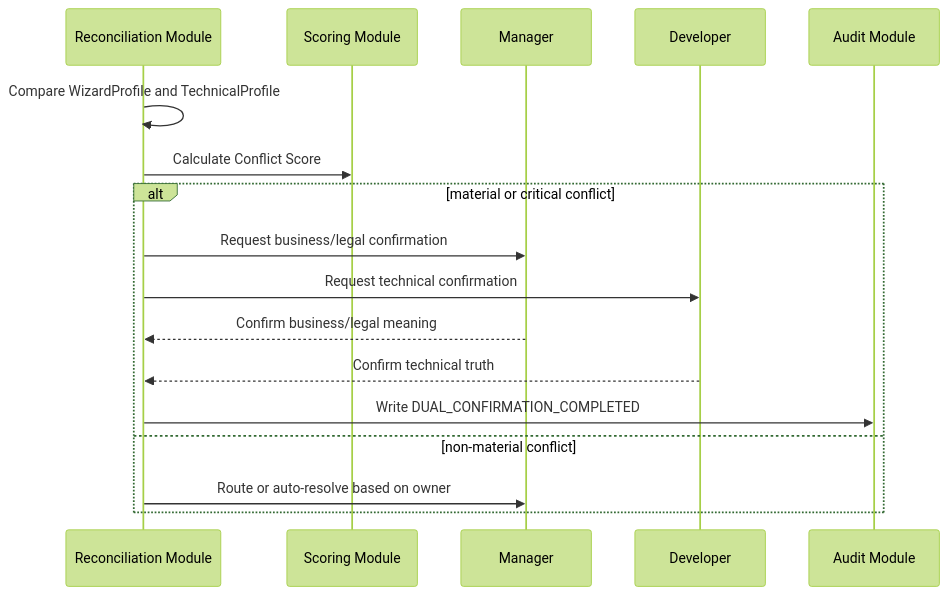
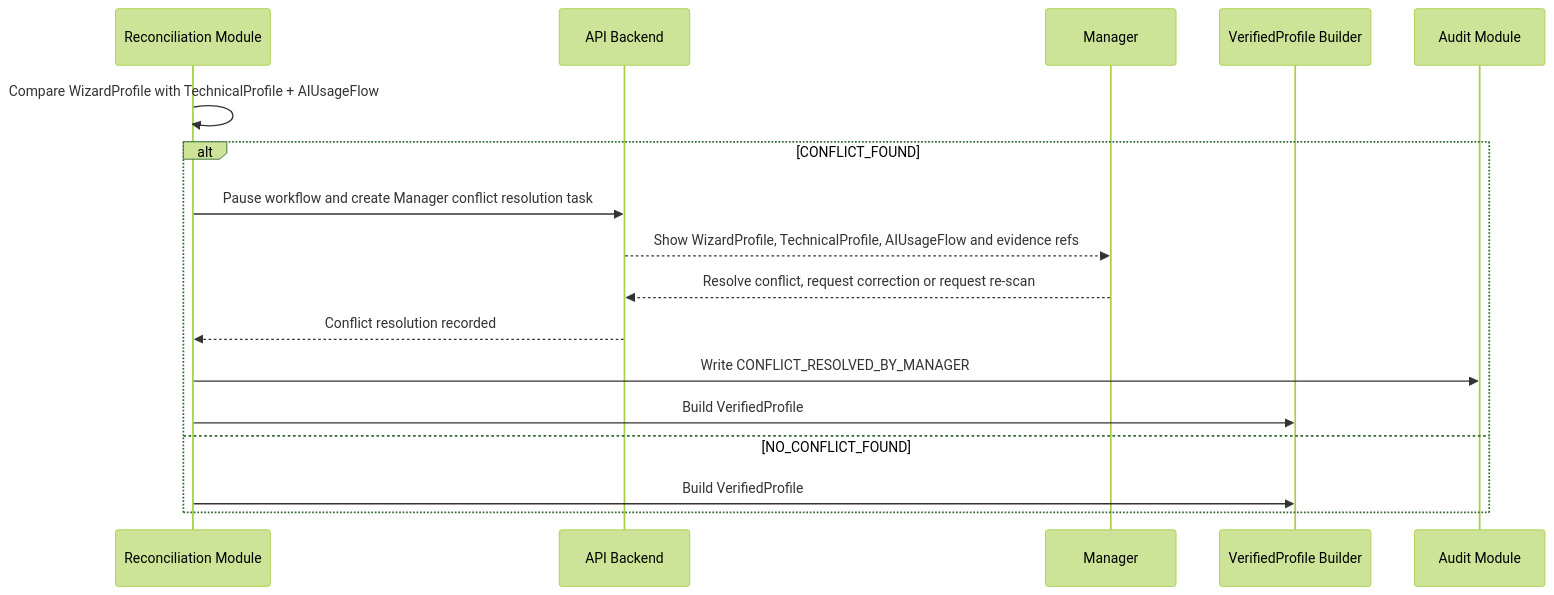
Diagram 13 of 18 in docs/design/sequence-diagrams.md (khovan123/LCSP), drawn with Mermaid (forest theme) before and after one commit. The commit also changed other lines of this file and 122 other files, not shown here.

````diff
--- a/docs/design/sequence-diagrams.md
+++ b/docs/design/sequence-diagrams.md
@@ -280,19 +390,19 @@
 ```mermaid
 sequenceDiagram
   participant R as Reconciliation Module
-  participant S as Scoring Module
+  participant API as API Backend
   participant M as Manager
-  participant D as Developer
+  participant V as VerifiedProfile Builder
   participant Audit as Audit Module
-  R->>R: Compare WizardProfile and TechnicalProfile
-  R->>S: Calculate Conflict Score
-  alt material or critical conflict
-    R->>M: Request business/legal confirmation
-    R->>D: Request technical confirmation
-    M-->>R: Confirm business/legal meaning
-    D-->>R: Confirm technical truth
-    R->>Audit: Write DUAL_CONFIRMATION_COMPLETED
-  else non-material conflict
-    R->>M: Route or auto-resolve based on owner
+  R->>R: Compare WizardProfile with TechnicalProfile + AIUsageFlow
+  alt CONFLICT_FOUND
+    R->>API: Pause workflow and create Manager conflict resolution task
+    API-->>M: Show WizardProfile, TechnicalProfile, AIUsageFlow and evidence refs
+    M-->>API: Resolve conflict, request correction or request re-scan
+    API-->>R: Conflict resolution recorded
+    R->>Audit: Write CONFLICT_RESOLVED_BY_MANAGER
+    R->>V: Build VerifiedProfile
+  else NO_CONFLICT_FOUND
+    R->>V: Build VerifiedProfile
   end
 ```
````
